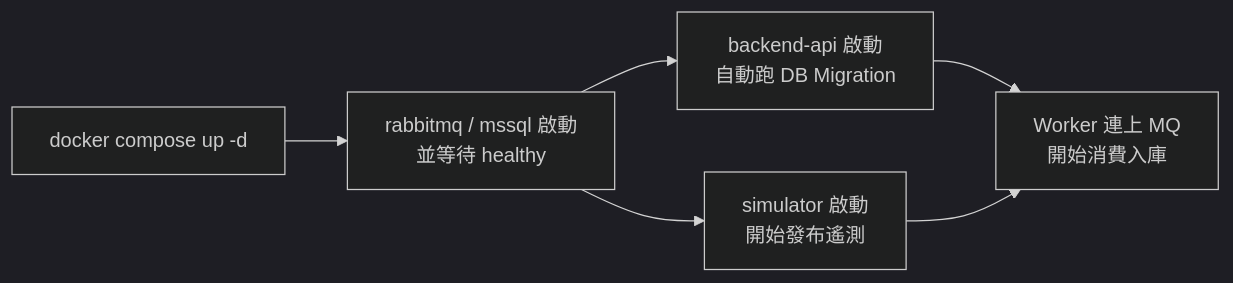
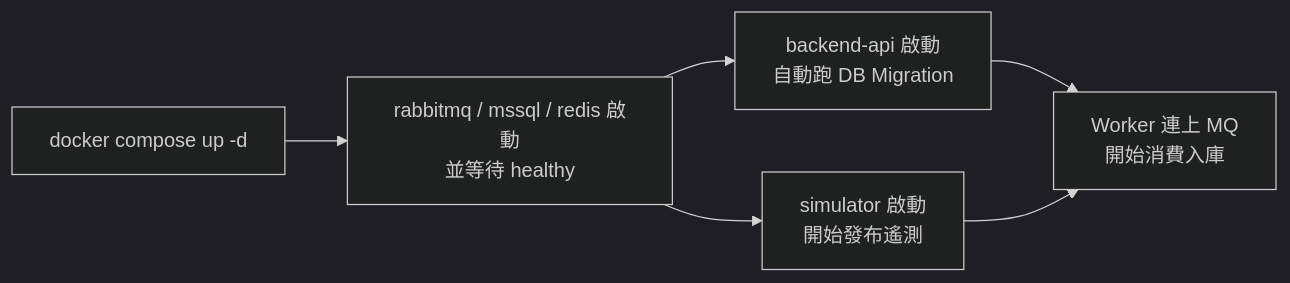
The diagram in docs/OPERATIONS.md (Jeffrey-Pai/Factory-IoT-Ingestion-System), drawn with Mermaid (dark theme) before and after one commit. The commit also changed other lines of this file and 14 other files, not shown here.

````diff
--- a/docs/OPERATIONS.md
+++ b/docs/OPERATIONS.md
@@ -55,8 +55,8 @@
 ```mermaid
 flowchart LR
-    A["docker compose up -d"] --> B["rabbitmq / mssql 啟動<br/>並等待 healthy"]
+    A["docker compose up -d"] --> B["rabbitmq / mssql / redis 啟動<br/>並等待 healthy"]
     B --> C["backend-api 啟動<br/>自動跑 DB Migration"]
     B --> D["simulator 啟動<br/>開始發布遙測"]
     C --> E["Worker 連上 MQ<br/>開始消費入庫"]
     D --> E
 ```
````
